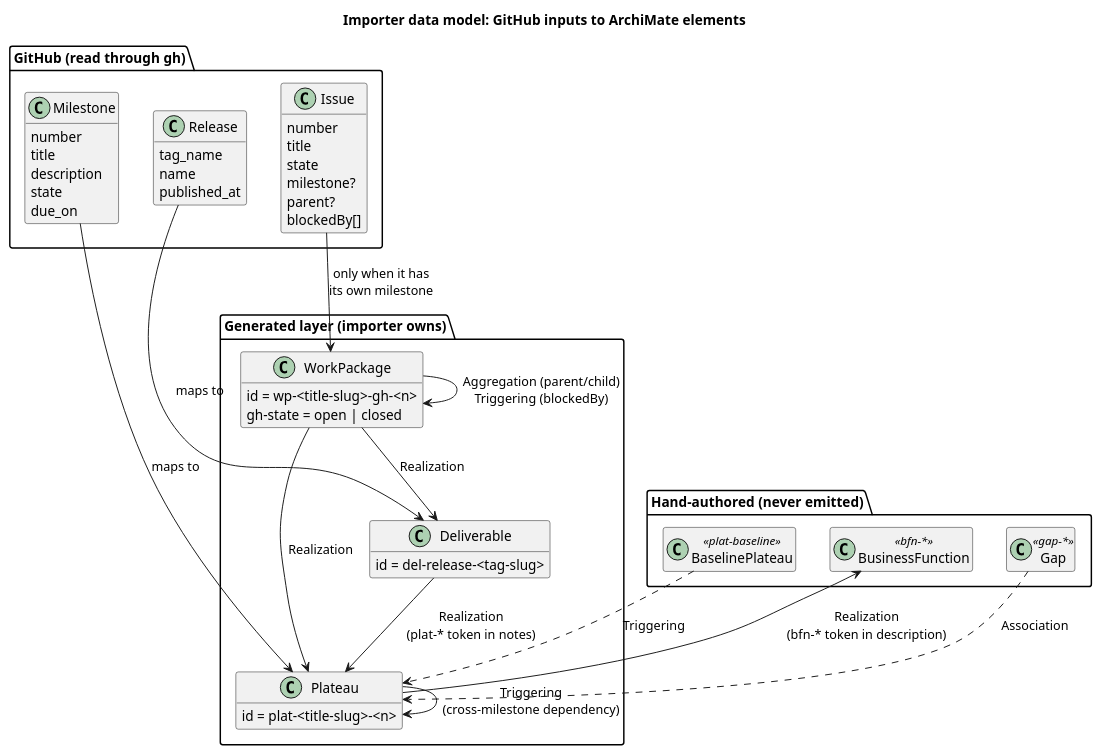
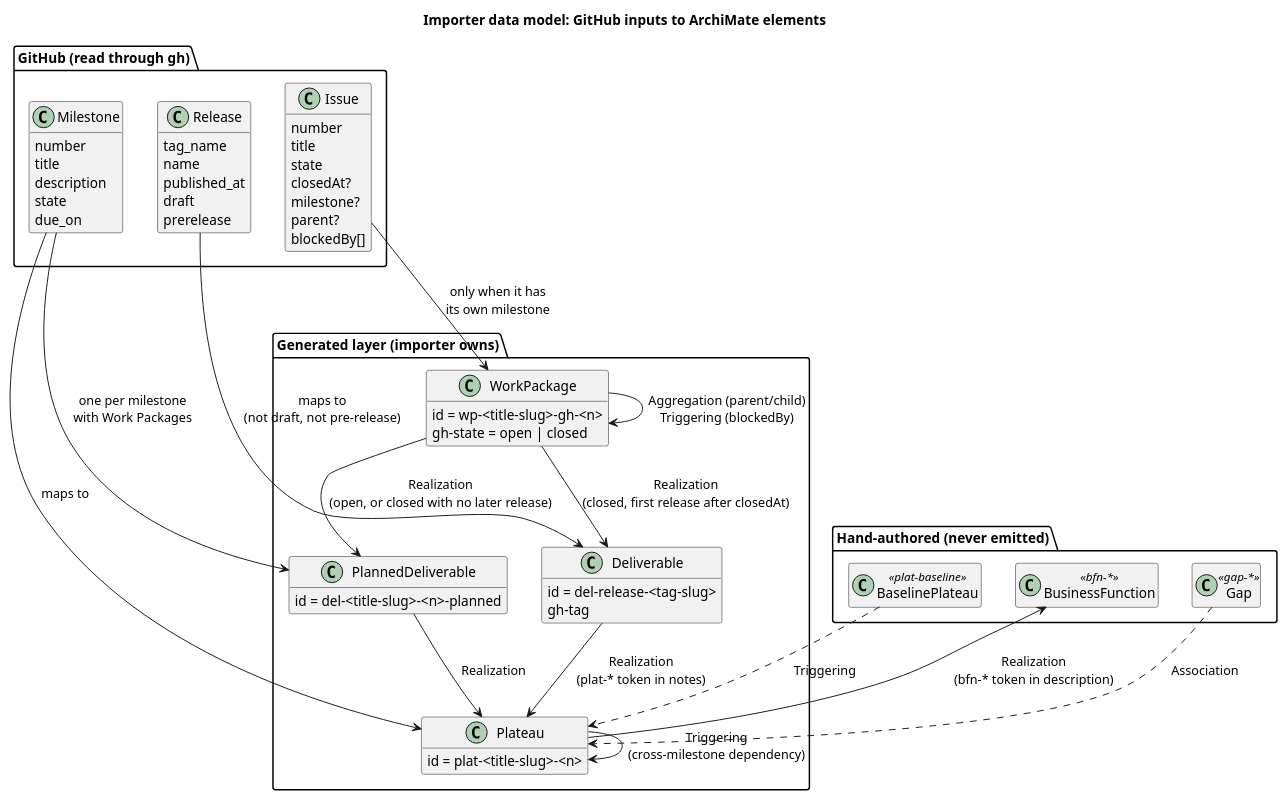
Before and after one commit to wolffy-au/frictionless-architect: the first of 2 diagrams in specs/003-gh-roadmap-archimate/data-model.md, drawn with PlantUML. The commit also changed other lines of this file, not shown here.

First line of the commit message:
docs(specs): carry release and Deliverable rules into the data model

````diff
--- a/specs/003-gh-roadmap-archimate/data-model.md
+++ b/specs/003-gh-roadmap-archimate/data-model.md
@@ -16,61 +16,70 @@
 ```plantuml
 @startuml
 title Importer data model: GitHub inputs to ArchiMate elements
 skinparam classAttributeIconSize 0
 hide empty members
 
 package "GitHub (read through gh)" {
   class Milestone {
     number
     title
     description
     state
     due_on
   }
   class Release {
     tag_name
     name
     published_at
+    draft
+    prerelease
   }
   class Issue {
     number
     title
     state
+    closedAt?
     milestone?
     parent?
     blockedBy[]
   }
 }
 
 package "Generated layer (importer owns)" {
   class Plateau {
     id = plat-<title-slug>-<n>
   }
   class Deliverable {
     id = del-release-<tag-slug>
+    gh-tag
+  }
+  class PlannedDeliverable {
+    id = del-<title-slug>-<n>-planned
   }
   class WorkPackage {
     id = wp-<title-slug>-gh-<n>
     gh-state = open | closed
   }
 }
 
 package "Hand-authored (never emitted)" {
   class BusinessFunction <<bfn-*>>
   class Gap <<gap-*>>
   class BaselinePlateau <<plat-baseline>>
 }
 
 Milestone --> Plateau : maps to
-Release --> Deliverable : maps to
+Release --> Deliverable : maps to\n(not draft, not pre-release)
+Milestone --> PlannedDeliverable : one per milestone\nwith Work Packages
 Issue --> WorkPackage : only when it has\nits own milestone
-WorkPackage --> Plateau : Realization
-WorkPackage --> Deliverable : Realization
+WorkPackage --> PlannedDeliverable : Realization\n(open, or closed with no later release)
+WorkPackage --> Deliverable : Realization\n(closed, first release after closedAt)
+PlannedDeliverable --> Plateau : Realization
 Deliverable --> Plateau : Realization\n(plat-* token in notes)
 Plateau --> BusinessFunction : Realization\n(bfn-* token in description)
 WorkPackage --> WorkPackage : Aggregation (parent/child)\nTriggering (blockedBy)
 Plateau --> Plateau : Triggering\n(cross-milestone dependency)
 Gap ..> Plateau : Association
 BaselinePlateau ..> Plateau : Triggering
 @enduml
 ```
````
